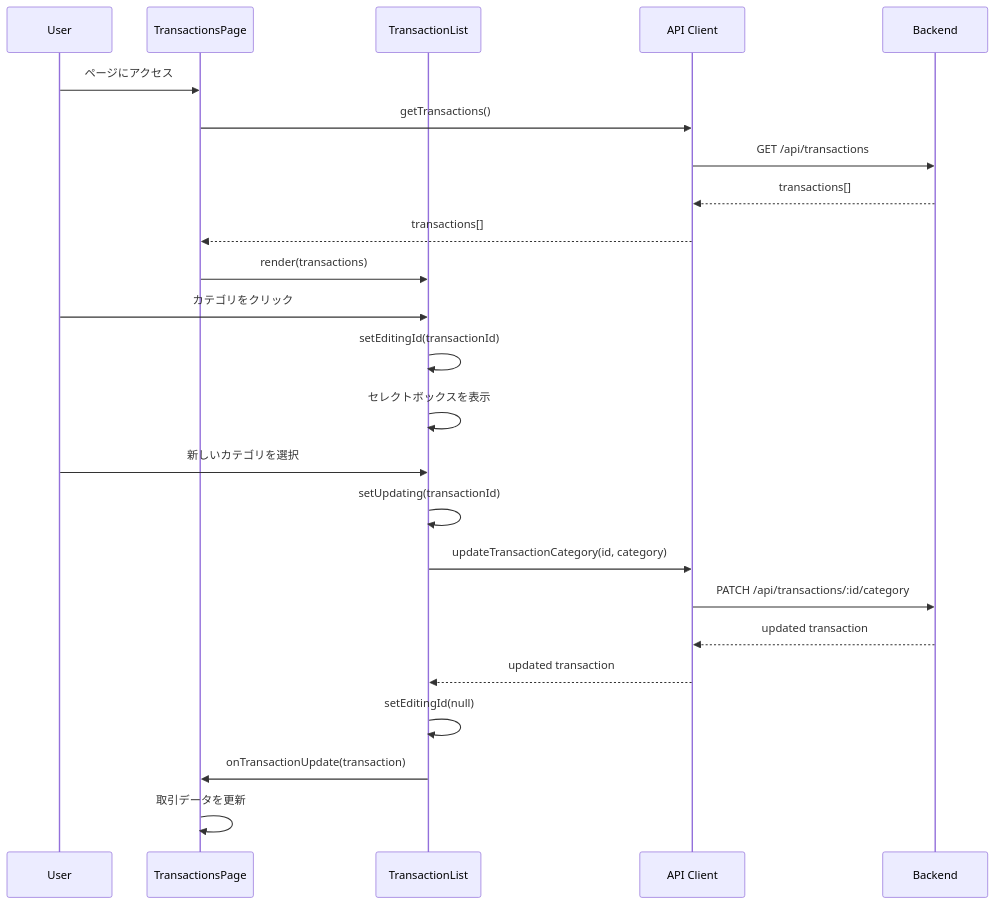
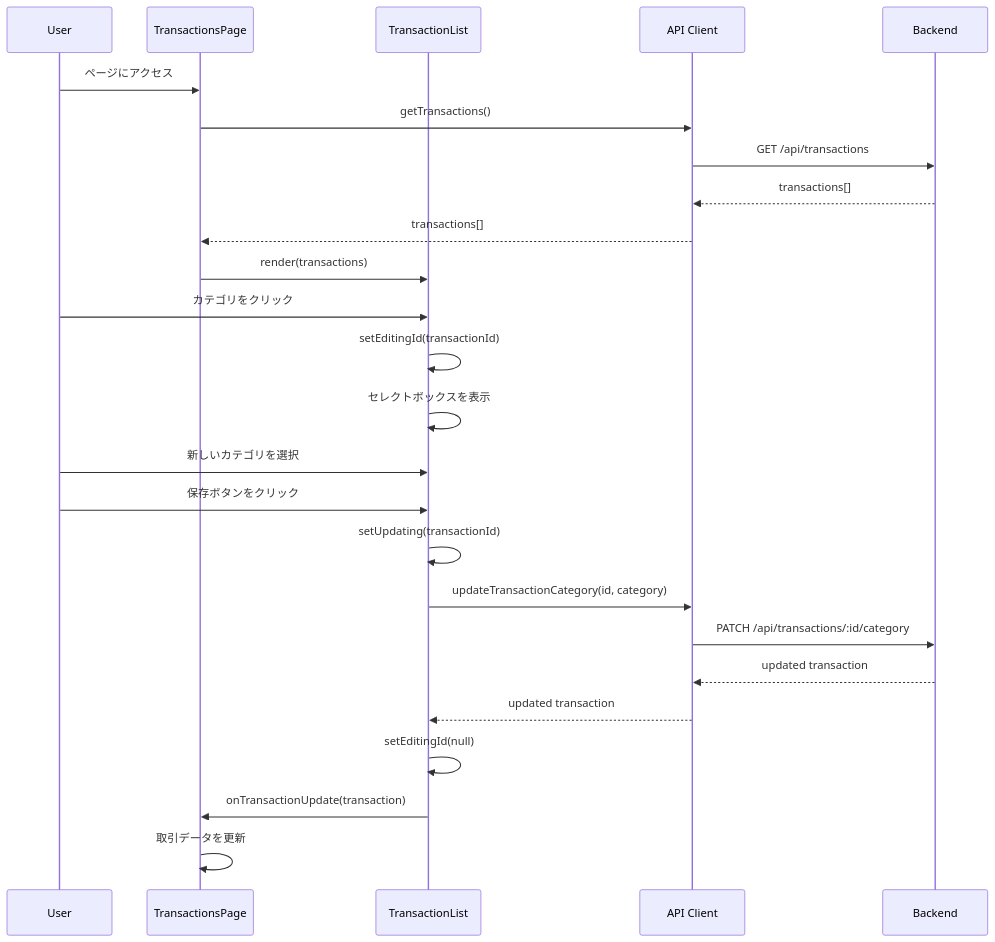
Before and after one commit to kencom2400/account-book: the fourth of 5 diagrams in docs/detailed-design/FR-010_manual-category-edit/screen-transitions.md, drawn with Mermaid. The commit also changed other lines of this file and 1 other file, not shown here.

````diff
--- a/docs/detailed-design/FR-010_manual-category-edit/screen-transitions.md
+++ b/docs/detailed-design/FR-010_manual-category-edit/screen-transitions.md
@@ -160,29 +160,30 @@
 ```mermaid
 sequenceDiagram
     participant User
     participant Page as TransactionsPage
     participant List as TransactionList
     participant API as API Client
     participant Backend
 
     User->>Page: ページにアクセス
     Page->>API: getTransactions()
     API->>Backend: GET /api/transactions
     Backend-->>API: transactions[]
     API-->>Page: transactions[]
     Page->>List: render(transactions)
 
     User->>List: カテゴリをクリック
     List->>List: setEditingId(transactionId)
     List->>List: セレクトボックスを表示
 
     User->>List: 新しいカテゴリを選択
+    User->>List: 保存ボタンをクリック
     List->>List: setUpdating(transactionId)
     List->>API: updateTransactionCategory(id, category)
     API->>Backend: PATCH /api/transactions/:id/category
     Backend-->>API: updated transaction
     API-->>List: updated transaction
     List->>List: setEditingId(null)
     List->>Page: onTransactionUpdate(transaction)
     Page->>Page: 取引データを更新
 ```
````
